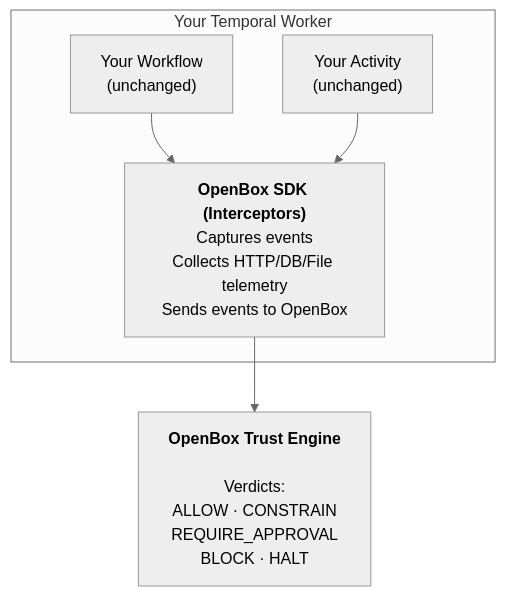
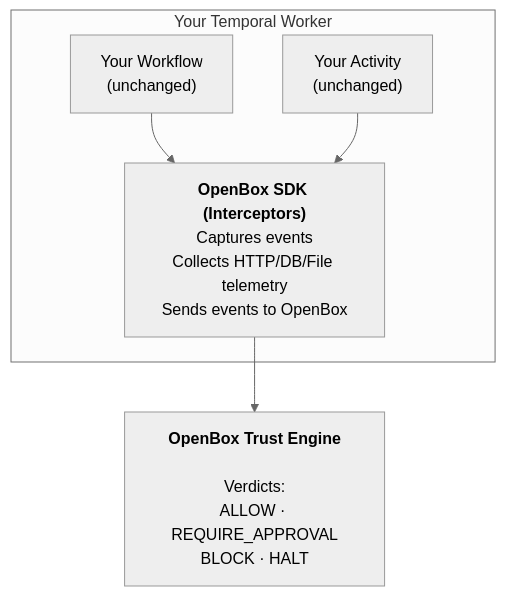
The diagram in website/docs/developer-guide/sdk-reference.md (OpenBox-AI/openbox-document), drawn with Mermaid (neutral theme) before and after one commit.

Commit message:
Remove constrain for sdk reference

````diff
--- a/website/docs/developer-guide/sdk-reference.md
+++ b/website/docs/developer-guide/sdk-reference.md
@@ -116,14 +116,14 @@
 ```mermaid
 flowchart TD
     subgraph worker["Your Temporal Worker"]
         workflow["Your Workflow<br/>(unchanged)"]
         activity["Your Activity<br/>(unchanged)"]
         sdk["<b>OpenBox SDK (Interceptors)</b><br/>Captures events<br/>Collects HTTP/DB/File telemetry<br/>Sends events to OpenBox"]
         workflow --> sdk
         activity --> sdk
     end
 
     sdk --> engine
 
-    engine["<b>OpenBox Trust Engine</b><br/><br/>Verdicts:<br/>ALLOW · CONSTRAIN<br/>REQUIRE_APPROVAL<br/>BLOCK · HALT"]
+    engine["<b>OpenBox Trust Engine</b><br/><br/>Verdicts:<br/>ALLOW · REQUIRE_APPROVAL<br/>BLOCK · HALT"]
 ```
````
